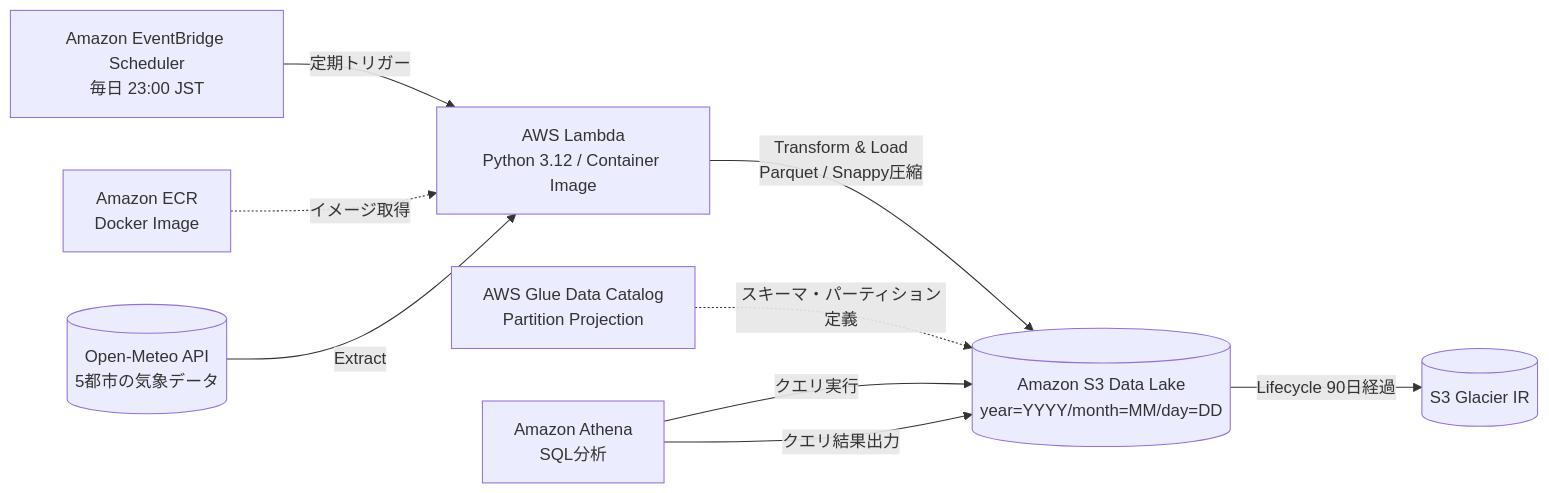
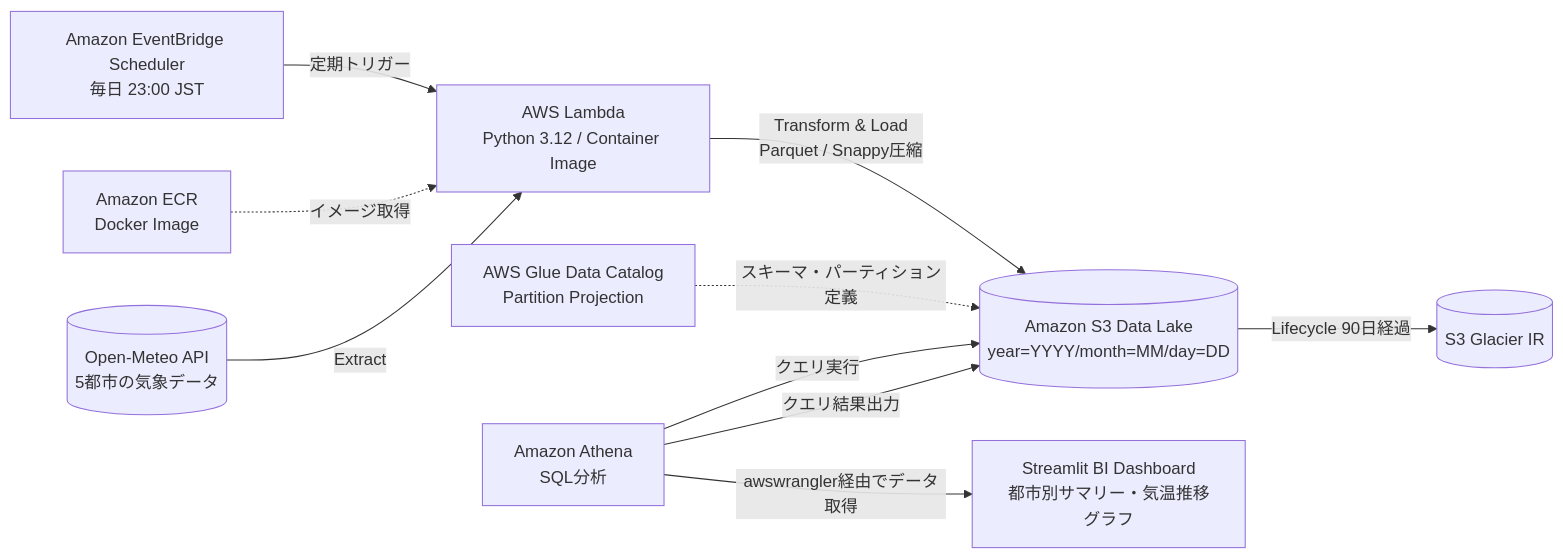
One commit to wallthings4u-bit/aws-weather-etl changed the diagram in README.md. Above: the diagram before and after it, drawn with Mermaid. The commit also changed other lines of this file and 4 other files, not shown here.

Commit message:
feat: add Streamlit BI dashboard and update README

````diff
--- a/README.md
+++ b/README.md
@@ -11,11 +11,12 @@
 ```mermaid
 flowchart LR
     EB[Amazon EventBridge Scheduler<br/>毎日 23:00 JST] -->|定期トリガー| Lambda[AWS Lambda<br/>Python 3.12 / Container Image]
     ECR[Amazon ECR<br/>Docker Image] -.->|イメージ取得| Lambda
     API[(Open-Meteo API<br/>5都市の気象データ)] -->|Extract| Lambda
     Lambda -->|Transform & Load<br/>Parquet / Snappy圧縮| S3[(Amazon S3 Data Lake<br/>year=YYYY/month=MM/day=DD)]
     S3 -->|Lifecycle 90日経過| Glacier[(S3 Glacier IR)]
     Glue[AWS Glue Data Catalog<br/>Partition Projection] -.->|スキーマ・パーティション定義| S3
     Athena[Amazon Athena<br/>SQL分析] -->|クエリ実行| S3
     Athena -->|クエリ結果出力| S3
+    Athena -->|awswrangler経由でデータ取得| Streamlit[Streamlit BI Dashboard<br/>都市別サマリー・気温推移グラフ]
 ```
````
